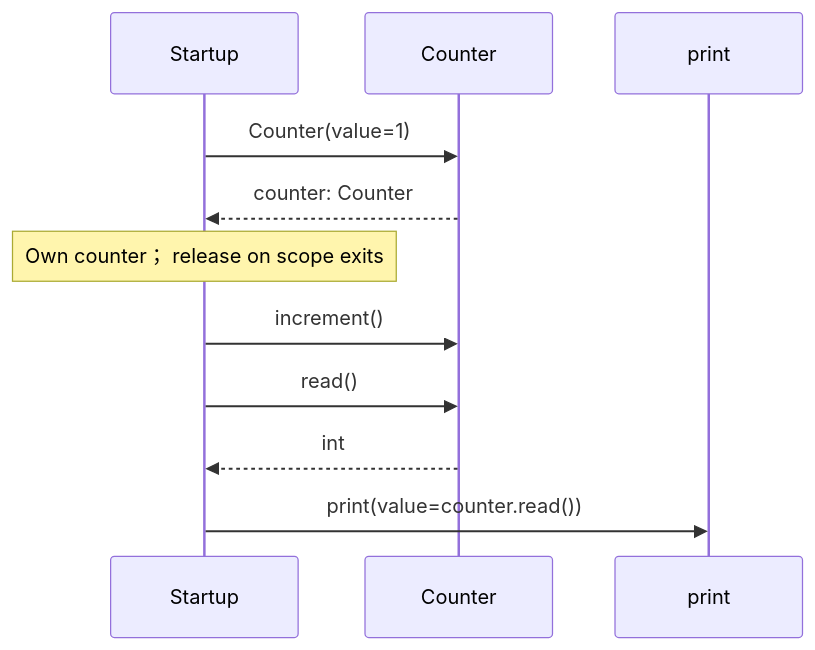
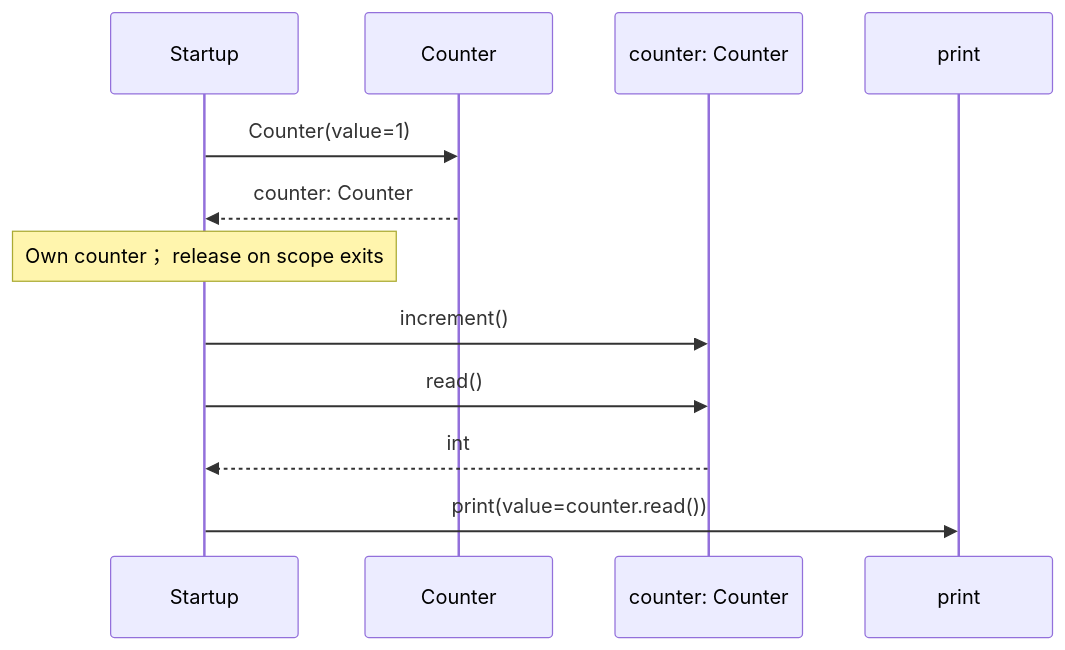
The third of 3 diagrams in docs/examples/ownership/main-diagrams.md (GreenPandaStudios/augscript), drawn with Mermaid before and after one commit. The commit also changed 102 other files, not shown here.

Commit message:
Keep named service receivers distinct in sequence data flow

````diff
--- a/docs/examples/ownership/main-diagrams.md
+++ b/docs/examples/ownership/main-diagrams.md
@@ -51,13 +51,14 @@
 ```mermaid
 sequenceDiagram
     participant p0 as Startup
     participant p1 as Counter
-    participant p2 as print
+    participant p2 as counter: Counter
+    participant p3 as print
     p0->>p1: Counter(value=1)
     p1-->>p0: counter: Counter
     Note over p0: Own counter； release on scope exits
-    p0->>p1: increment()
-    p0->>p1: read()
-    p1-->>p0: int
-    p0->>p2: print(value=counter.read())
+    p0->>p2: increment()
+    p0->>p2: read()
+    p2-->>p0: int
+    p0->>p3: print(value=counter.read())
 ```
````
